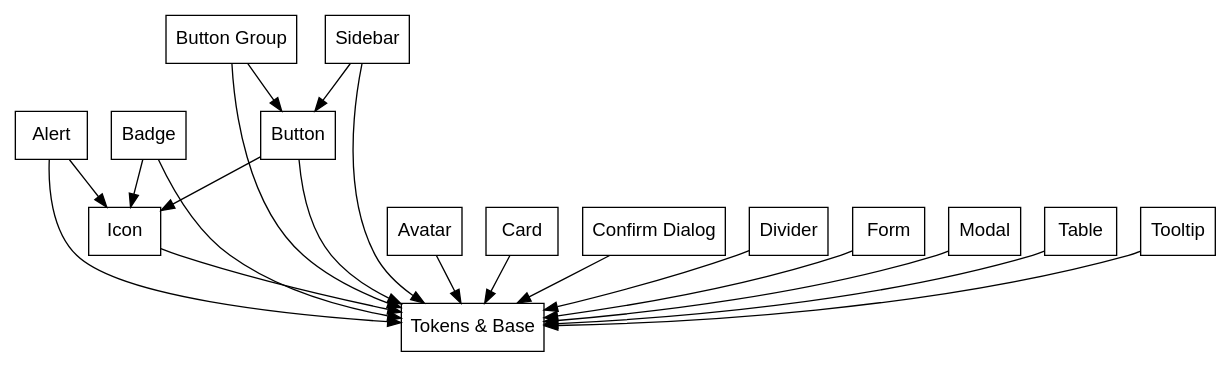
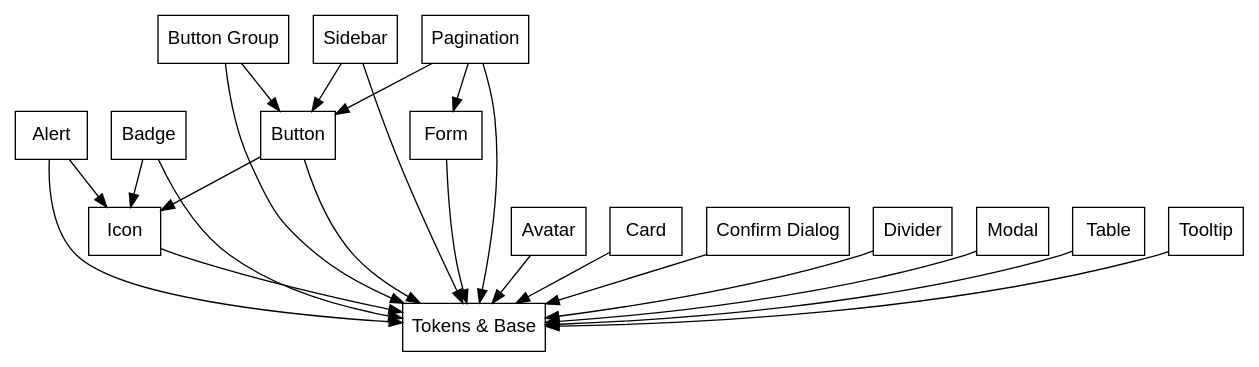
Before and after one commit to RoleModel/optics: the diagram in tools/generate-graph.dot, drawn with Graphviz. The commit also changed 8 other files, not shown here.

```diff
--- a/tools/generate-graph.dot
+++ b/tools/generate-graph.dot
@@ -1,31 +1,35 @@
 digraph dependencies {
   fontname = "Helvetica,Arial,sans-serif";
   node [fontname = "Helvetica,Arial,sans-serif";];
   edge [fontname = "Helvetica,Arial,sans-serif";];
   node [shape = box;];
   "Tokens & Base";
   "Alert" -> "Tokens & Base";
   "Alert" -> "Icon";
   
   "Badge" -> "Tokens & Base";
   "Badge" -> "Icon";
   
   "Button" -> "Tokens & Base";
   "Button" -> "Icon";
   
   "Button Group" -> "Tokens & Base";
   "Button Group" -> "Button";
   
   "Sidebar" -> "Tokens & Base";
   "Sidebar" -> "Button";
   
+  "Pagination" -> "Button";
+  "Pagination" -> "Form";
+  "Pagination" -> "Tokens & Base";
+  
   "Avatar" -> "Tokens & Base";
   "Card" -> "Tokens & Base";
   "Confirm Dialog" -> "Tokens & Base";
   "Divider" -> "Tokens & Base";
   "Form" -> "Tokens & Base";
   "Icon" -> "Tokens & Base";
   "Modal" -> "Tokens & Base";
   "Table" -> "Tokens & Base";
   "Tooltip" -> "Tokens & Base";
 }
```
